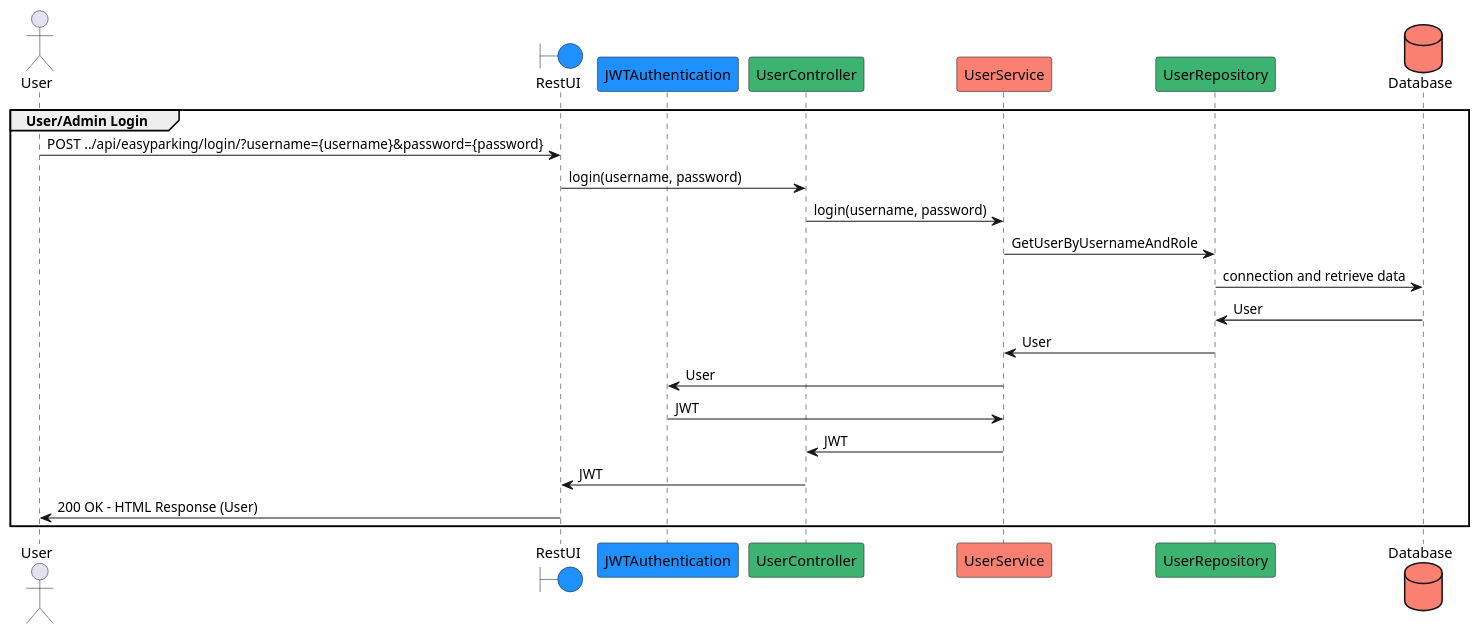
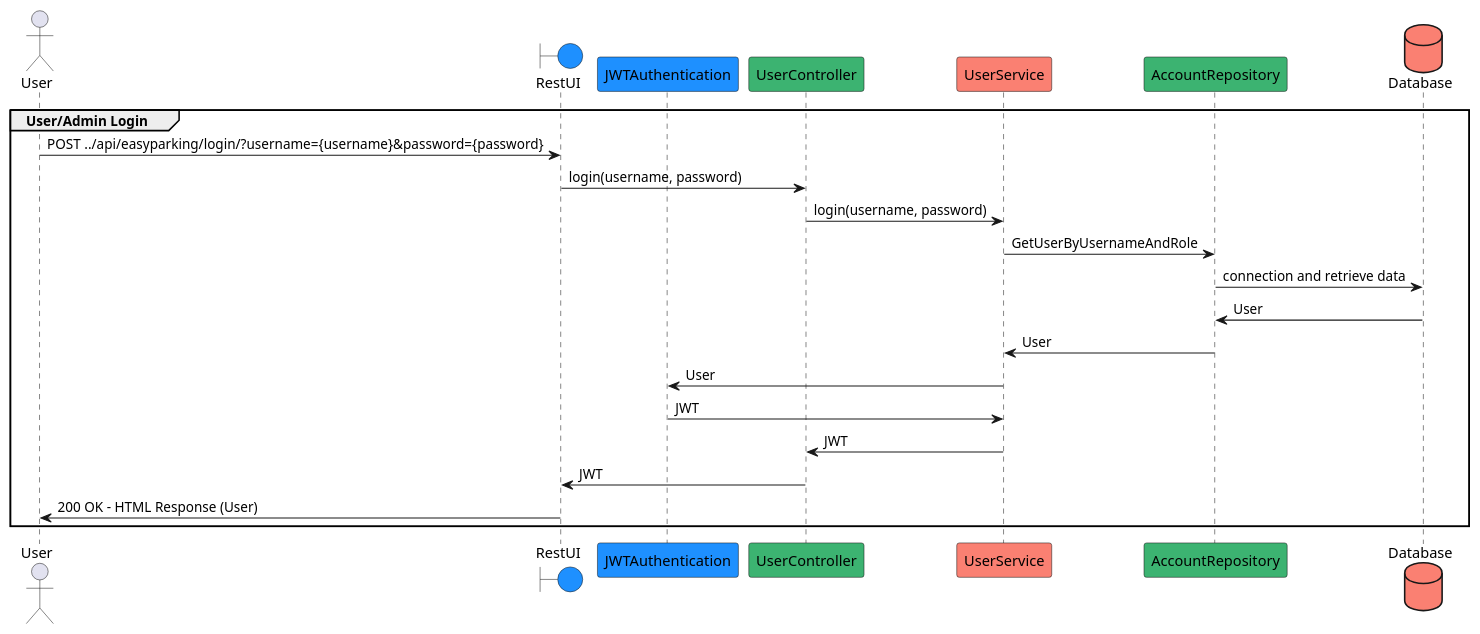
One commit to comar16/easy-parking changed the diagram in SequenceDiagram/EasyParkingSequenceLogin.puml. Above: the diagram before and after it, drawn with PlantUML. The commit also changed 15 other files, not shown here.

```diff
--- a/SequenceDiagram/EasyParkingSequenceLogin.puml
+++ b/SequenceDiagram/EasyParkingSequenceLogin.puml
@@ -1,26 +1,26 @@
 @startuml
 actor User
 boundary RestUI #DodgerBlue
 participant JWTAuthentication #DodgerBlue
 participant UserController #MediumSeaGreen
 participant UserService #Salmon
-participant UserRepository #MediumSeaGreen
+participant AccountRepository #MediumSeaGreen
 database Database #Salmon
 
 group User/Admin Login
 User -> RestUI : POST ../api/easyparking/login/?username={username}&password={password}
 RestUI -> UserController : login(username, password)
 
 UserController -> UserService :login(username, password)
 
-UserService -> UserRepository : GetUserByUsernameAndRole
-UserRepository -> Database : connection and retrieve data
-Database -> UserRepository : User
-UserRepository -> UserService : User
+UserService -> AccountRepository : GetUserByUsernameAndRole
+AccountRepository -> Database : connection and retrieve data
+Database -> AccountRepository : User
+AccountRepository -> UserService : User
 UserService -> JWTAuthentication : User
 JWTAuthentication -> UserService : JWT
 UserService -> UserController : JWT
 UserController -> RestUI : JWT
 RestUI -> User : 200 OK - HTML Response (User)
 end
 @enduml
```
